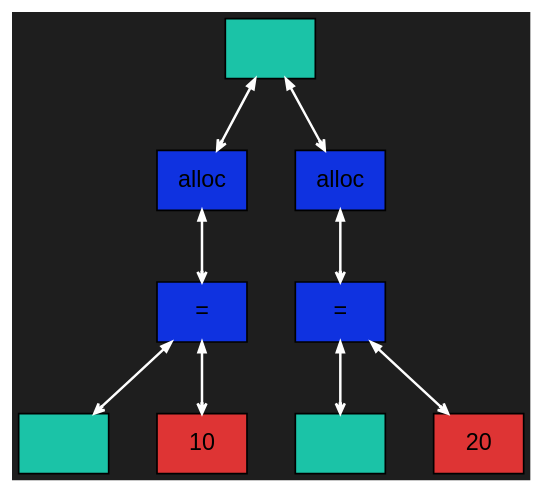
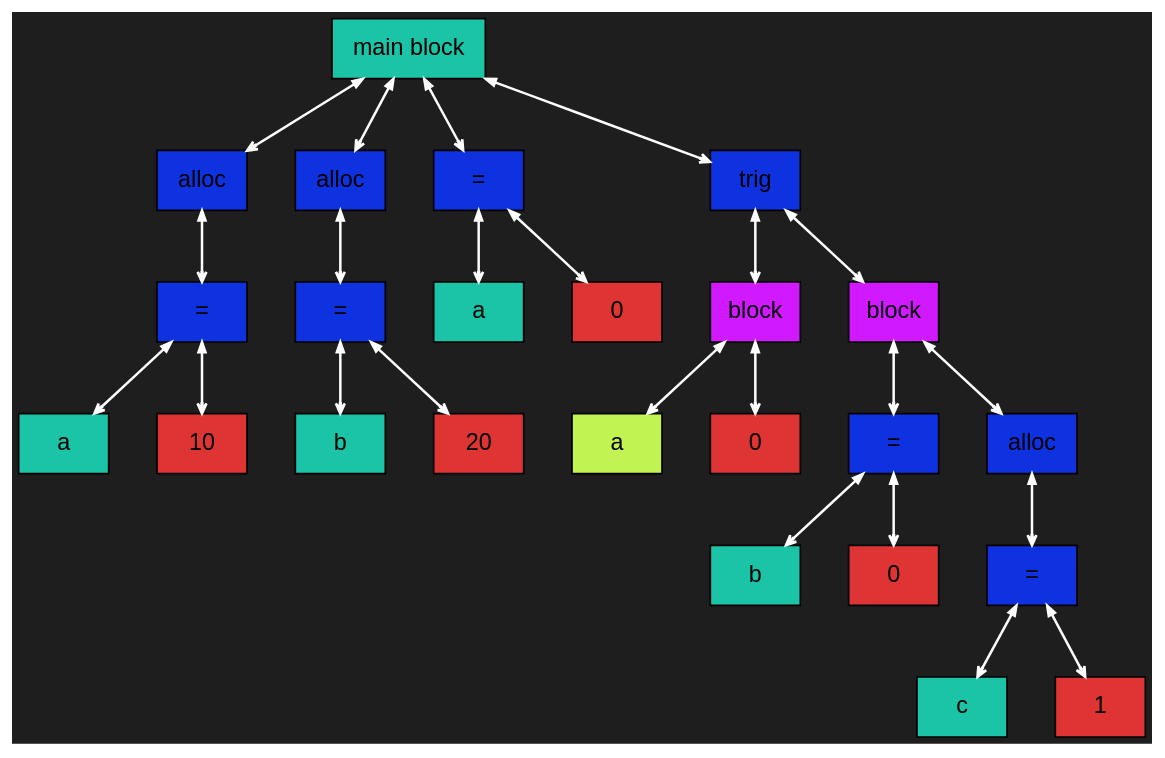
One commit to Kabuto-Mainer/Language changed the diagram in Dump/graph.dot. Above: the diagram before and after it, drawn with Graphviz. The commit also changed 14 other files, not shown here.

```diff
--- a/Dump/graph.dot
+++ b/Dump/graph.dot
@@ -1,27 +1,57 @@
 digraph {
   rankdir=UD;
   bgcolor="#1e1e1e"
   nodesep=0.4;
   ranksep=0.6;
   node [shape=plaintext, style=filled, fontname="Helvetica"];
   edge [arrowhead=vee, arrowsize=0.6, penwidth=1.2];
 
-block_0x7ceaac1e0068 [shape=box, style=filled, fillcolor="#1bc3a7ff", label=""];
-block_0x7ceaac1e00b8 [shape=box, style=filled, fillcolor="#de3434ff", label="10"];
-block_0x7ceaac1e0090 [shape=box, style=filled, fillcolor="#0f32e0ff", label="="];
-block_0x7ceaac1e0040 [shape=box, style=filled, fillcolor="#0f32e0ff", label="alloc"];
-block_0x7ceaac1e0130 [shape=box, style=filled, fillcolor="#1bc3a7ff", label=""];
-block_0x7ceaac1e0180 [shape=box, style=filled, fillcolor="#de3434ff", label="20"];
-block_0x7ceaac1e0158 [shape=box, style=filled, fillcolor="#0f32e0ff", label="="];
-block_0x7ceaac1e0108 [shape=box, style=filled, fillcolor="#0f32e0ff", label="alloc"];
-block_0x7beaac1e0090 [shape=box, style=filled, fillcolor="#1bc3a7ff", label=""];
-block_0x7ceaac1e0090 -> block_0x7ceaac1e0068 [color="#fefefeff", penwidth = 1.5, arrowsize = 0.6, constraint = true, dir = both];
-block_0x7ceaac1e0090 -> block_0x7ceaac1e00b8 [color="#fefefeff", penwidth = 1.5, arrowsize = 0.6, constraint = true, dir = both];
-block_0x7ceaac1e0040 -> block_0x7ceaac1e0090 [color="#fefefeff", penwidth = 1.5, arrowsize = 0.6, constraint = true, dir = both];
-block_0x7ceaac1e0158 -> block_0x7ceaac1e0130 [color="#fefefeff", penwidth = 1.5, arrowsize = 0.6, constraint = true, dir = both];
-block_0x7ceaac1e0158 -> block_0x7ceaac1e0180 [color="#fefefeff", penwidth = 1.5, arrowsize = 0.6, constraint = true, dir = both];
-block_0x7ceaac1e0108 -> block_0x7ceaac1e0158 [color="#fefefeff", penwidth = 1.5, arrowsize = 0.6, constraint = true, dir = both];
-block_0x7beaac1e0090 -> block_0x7ceaac1e0040 [color="#fefefeff", penwidth = 1.5, arrowsize = 0.6, constraint = true, dir = both];
-block_0x7beaac1e0090 -> block_0x7ceaac1e0108 [color="#fefefeff", penwidth = 1.5, arrowsize = 0.6, constraint = true, dir = both];
+block_0x7d598cbe00a8 [shape=box, style=filled, fillcolor="#1bc3a7ff", label="a"];
+block_0x7d598cbe00f8 [shape=box, style=filled, fillcolor="#de3434ff", label="10"];
+block_0x7d598cbe00d0 [shape=box, style=filled, fillcolor="#0f32e0ff", label="="];
+block_0x7d598cbe0080 [shape=box, style=filled, fillcolor="#0f32e0ff", label="alloc"];
+block_0x7d598cbe0170 [shape=box, style=filled, fillcolor="#1bc3a7ff", label="b"];
+block_0x7d598cbe01c0 [shape=box, style=filled, fillcolor="#de3434ff", label="20"];
+block_0x7d598cbe0198 [shape=box, style=filled, fillcolor="#0f32e0ff", label="="];
+block_0x7d598cbe0148 [shape=box, style=filled, fillcolor="#0f32e0ff", label="alloc"];
+block_0x7d598cbe0210 [shape=box, style=filled, fillcolor="#1bc3a7ff", label="a"];
+block_0x7d598cbe0260 [shape=box, style=filled, fillcolor="#de3434ff", label="0"];
+block_0x7d598cbe0238 [shape=box, style=filled, fillcolor="#0f32e0ff", label="="];
+block_0x7d598cbe0300 [shape=box, style=filled, fillcolor="#c1f453ff", label="a"];
+block_0x7d598cbe0350 [shape=box, style=filled, fillcolor="#de3434ff", label="0"];
+block_0x7d598cbe0328 [shape=box, style=filled, fillcolor="#d119ffff", label="block"];
+block_0x7d598cbe0418 [shape=box, style=filled, fillcolor="#1bc3a7ff", label="b"];
+block_0x7d598cbe0468 [shape=box, style=filled, fillcolor="#de3434ff", label="0"];
+block_0x7d598cbe0440 [shape=box, style=filled, fillcolor="#0f32e0ff", label="="];
+block_0x7d598cbe04e0 [shape=box, style=filled, fillcolor="#1bc3a7ff", label="c"];
+block_0x7d598cbe0530 [shape=box, style=filled, fillcolor="#de3434ff", label="1"];
+block_0x7d598cbe0508 [shape=box, style=filled, fillcolor="#0f32e0ff", label="="];
+block_0x7d598cbe04b8 [shape=box, style=filled, fillcolor="#0f32e0ff", label="alloc"];
+block_0x7d598cbe03c8 [shape=box, style=filled, fillcolor="#d119ffff", label="block"];
+block_0x7d598cbe02b0 [shape=box, style=filled, fillcolor="#0f32e0ff", label="trig"];
+block_0x7be98cbe0090 [shape=box, style=filled, fillcolor="#1bc3a7ff", label="main block"];
+block_0x7d598cbe00d0 -> block_0x7d598cbe00a8 [color="#fefefeff", penwidth = 1.5, arrowsize = 0.6, constraint = true, dir = both];
+block_0x7d598cbe00d0 -> block_0x7d598cbe00f8 [color="#fefefeff", penwidth = 1.5, arrowsize = 0.6, constraint = true, dir = both];
+block_0x7d598cbe0080 -> block_0x7d598cbe00d0 [color="#fefefeff", penwidth = 1.5, arrowsize = 0.6, constraint = true, dir = both];
+block_0x7d598cbe0198 -> block_0x7d598cbe0170 [color="#fefefeff", penwidth = 1.5, arrowsize = 0.6, constraint = true, dir = both];
+block_0x7d598cbe0198 -> block_0x7d598cbe01c0 [color="#fefefeff", penwidth = 1.5, arrowsize = 0.6, constraint = true, dir = both];
+block_0x7d598cbe0148 -> block_0x7d598cbe0198 [color="#fefefeff", penwidth = 1.5, arrowsize = 0.6, constraint = true, dir = both];
+block_0x7d598cbe0238 -> block_0x7d598cbe0210 [color="#fefefeff", penwidth = 1.5, arrowsize = 0.6, constraint = true, dir = both];
+block_0x7d598cbe0238 -> block_0x7d598cbe0260 [color="#fefefeff", penwidth = 1.5, arrowsize = 0.6, constraint = true, dir = both];
+block_0x7d598cbe0328 -> block_0x7d598cbe0300 [color="#fefefeff", penwidth = 1.5, arrowsize = 0.6, constraint = true, dir = both];
+block_0x7d598cbe0328 -> block_0x7d598cbe0350 [color="#fefefeff", penwidth = 1.5, arrowsize = 0.6, constraint = true, dir = both];
+block_0x7d598cbe0440 -> block_0x7d598cbe0418 [color="#fefefeff", penwidth = 1.5, arrowsize = 0.6, constraint = true, dir = both];
+block_0x7d598cbe0440 -> block_0x7d598cbe0468 [color="#fefefeff", penwidth = 1.5, arrowsize = 0.6, constraint = true, dir = both];
+block_0x7d598cbe0508 -> block_0x7d598cbe04e0 [color="#fefefeff", penwidth = 1.5, arrowsize = 0.6, constraint = true, dir = both];
+block_0x7d598cbe0508 -> block_0x7d598cbe0530 [color="#fefefeff", penwidth = 1.5, arrowsize = 0.6, constraint = true, dir = both];
+block_0x7d598cbe04b8 -> block_0x7d598cbe0508 [color="#fefefeff", penwidth = 1.5, arrowsize = 0.6, constraint = true, dir = both];
+block_0x7d598cbe03c8 -> block_0x7d598cbe0440 [color="#fefefeff", penwidth = 1.5, arrowsize = 0.6, constraint = true, dir = both];
+block_0x7d598cbe03c8 -> block_0x7d598cbe04b8 [color="#fefefeff", penwidth = 1.5, arrowsize = 0.6, constraint = true, dir = both];
+block_0x7d598cbe02b0 -> block_0x7d598cbe0328 [color="#fefefeff", penwidth = 1.5, arrowsize = 0.6, constraint = true, dir = both];
+block_0x7d598cbe02b0 -> block_0x7d598cbe03c8 [color="#fefefeff", penwidth = 1.5, arrowsize = 0.6, constraint = true, dir = both];
+block_0x7be98cbe0090 -> block_0x7d598cbe0080 [color="#fefefeff", penwidth = 1.5, arrowsize = 0.6, constraint = true, dir = both];
+block_0x7be98cbe0090 -> block_0x7d598cbe0148 [color="#fefefeff", penwidth = 1.5, arrowsize = 0.6, constraint = true, dir = both];
+block_0x7be98cbe0090 -> block_0x7d598cbe0238 [color="#fefefeff", penwidth = 1.5, arrowsize = 0.6, constraint = true, dir = both];
+block_0x7be98cbe0090 -> block_0x7d598cbe02b0 [color="#fefefeff", penwidth = 1.5, arrowsize = 0.6, constraint = true, dir = both];
 
 }
```
